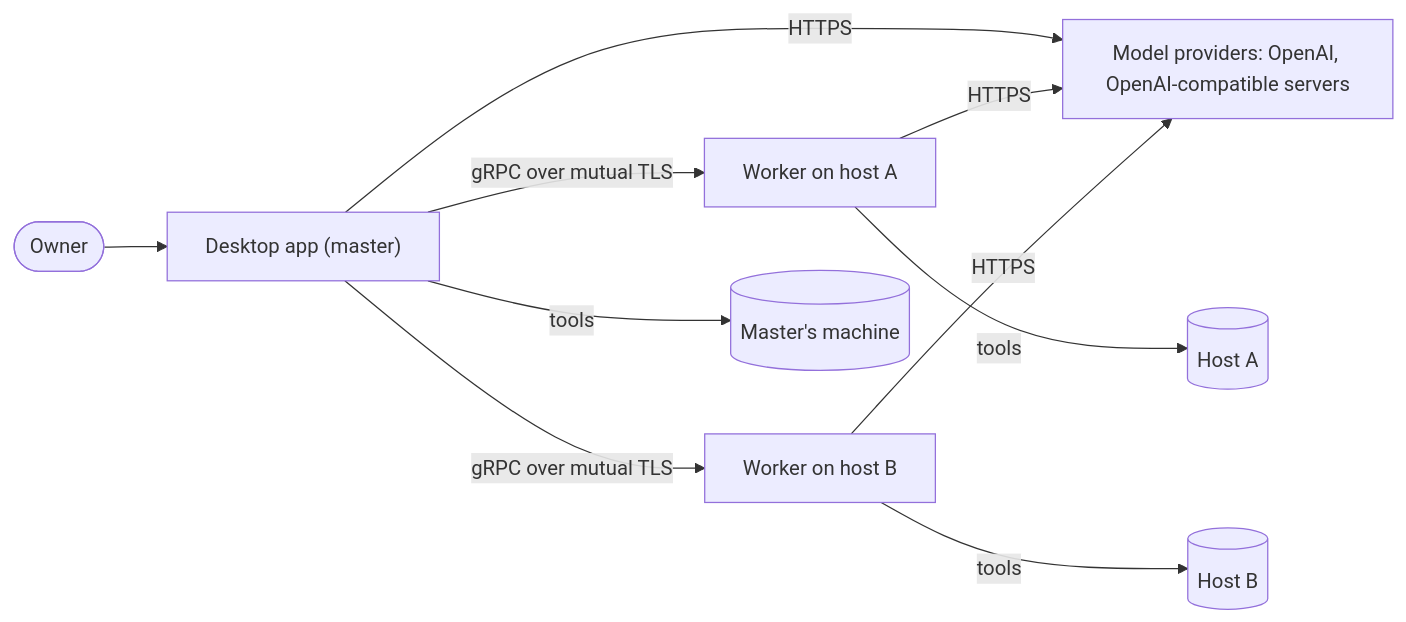
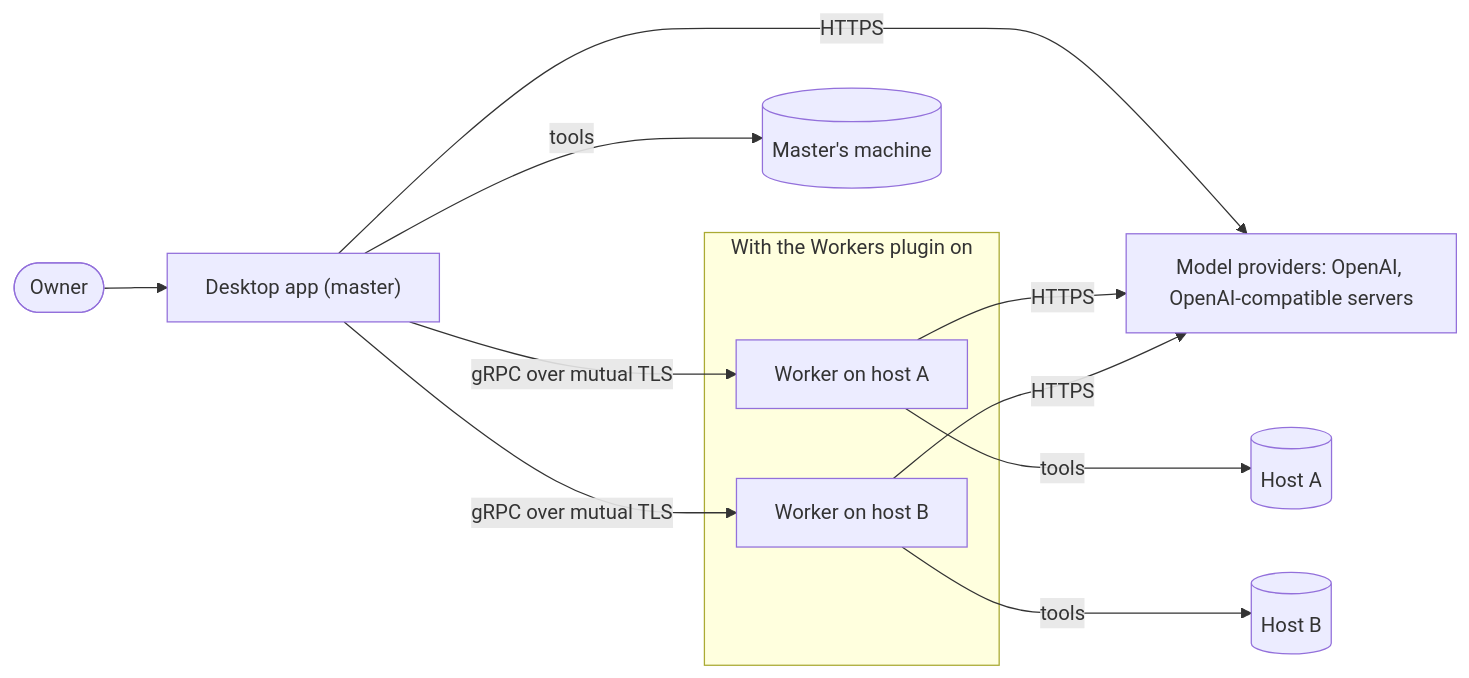
The first of 4 diagrams in docs/architecture/overview.md (limbon2/mannie), drawn with Mermaid before and after one commit. The commit also changed other lines of this file and 337 other files, not shown here.

````diff
--- a/docs/architecture/overview.md
+++ b/docs/architecture/overview.md
@@ -26,12 +27,16 @@
 ```mermaid
 flowchart LR
   Owner([Owner]) --> Master["Desktop app (master)"]
   Master -->|HTTPS| Providers["Model providers: OpenAI, OpenAI-compatible servers"]
-  Master -->|"gRPC over mutual TLS"| WorkerA["Worker on host A"]
-  Master -->|"gRPC over mutual TLS"| WorkerB["Worker on host B"]
+  Master -->|tools| MasterMachine[("Master's machine")]
+  subgraph Workers["With the Workers plugin on"]
+    WorkerA["Worker on host A"]
+    WorkerB["Worker on host B"]
+  end
+  Master -->|"gRPC over mutual TLS"| WorkerA
+  Master -->|"gRPC over mutual TLS"| WorkerB
   WorkerA -->|HTTPS| Providers
   WorkerB -->|HTTPS| Providers
-  Master -->|tools| MasterMachine[("Master's machine")]
   WorkerA -->|tools| HostA[("Host A")]
   WorkerB -->|tools| HostB[("Host B")]
 ```
````
